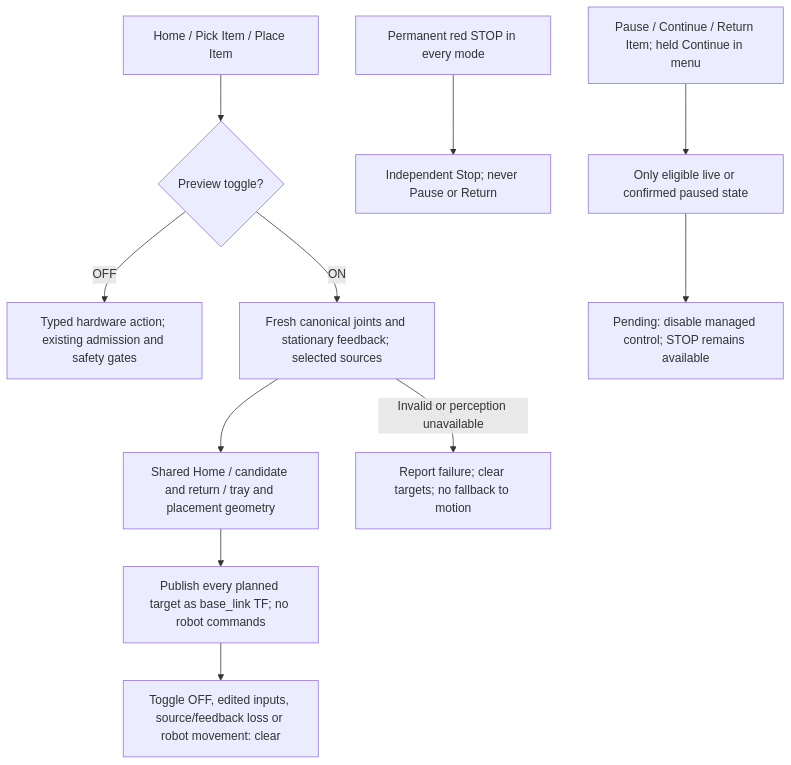
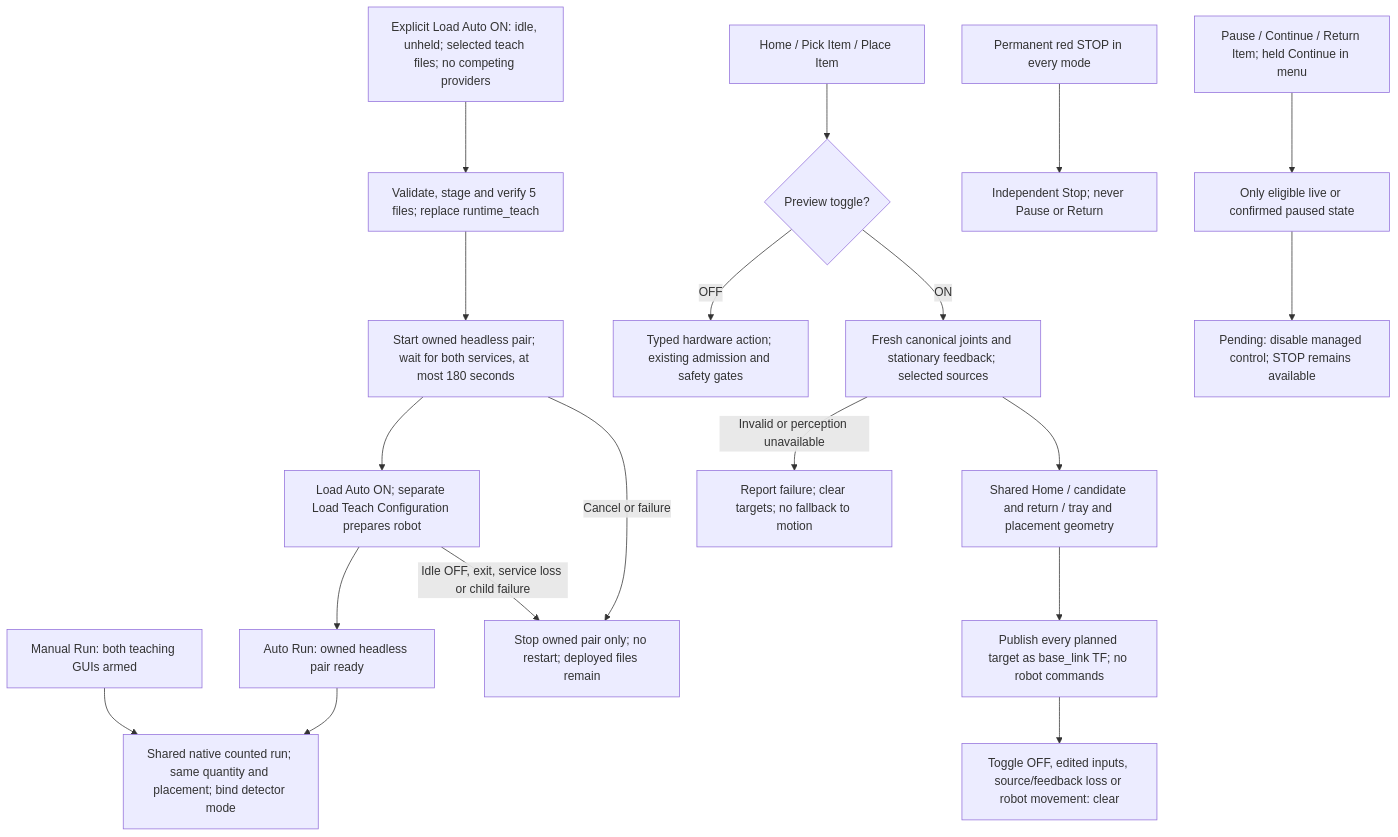
The first of 9 diagrams in docs/ROBOT_CONTROLLER_FSM.md (esgange/dobot_picknplace_yolo), drawn with Mermaid before and after one commit. The commit also changed other lines of this file and 20 other files, not shown here.

Commit message:
Add Load Auto detectors and separate manual and headless run buttons

````diff
--- a/docs/ROBOT_CONTROLLER_FSM.md
+++ b/docs/ROBOT_CONTROLLER_FSM.md
@@ -864,13 +909,21 @@
 ```mermaid
 flowchart TD
+    Deploy["Explicit Load Auto ON: idle, unheld; selected teach files; no competing providers"] --> Copy["Validate, stage and verify 5 files; replace runtime_teach"]
+    Copy --> Detect["Start owned headless pair; wait for both services, at most 180 seconds"]
+    Detect --> Loaded["Load Auto ON; separate Load Teach Configuration prepares robot"]
+    Loaded --> Auto["Auto Run: owned headless pair ready"]
+    Manual["Manual Run: both teaching GUIs armed"] --> Run["Shared native counted run; same quantity and placement; bind detector mode"]
+    Auto --> Run
+    Loaded -->|Idle OFF, exit, service loss or child failure| End["Stop owned pair only; no restart; deployed files remain"]
+    Detect -->|Cancel or failure| End
     Buttons["Home / Pick Item / Place Item"] --> Mode{"Preview toggle?"}
     Mode -->|OFF| Action["Typed hardware action; existing admission and safety gates"]
     Mode -->|ON| Inputs["Fresh canonical joints and stationary feedback; selected sources"]
     Inputs --> Plan["Shared Home / candidate and return / tray and placement geometry"]
     Plan --> TF["Publish every planned target as base_link TF; no robot commands"]
     TF --> Clear["Toggle OFF, edited inputs, source/feedback loss or robot movement: clear"]
     Inputs -->|Invalid or perception unavailable| Failed["Report failure; clear targets; no fallback to motion"]
     Stop["Permanent red STOP in every mode"] --> Direct["Independent Stop; never Pause or Return"]
     Managed["Pause / Continue / Return Item; held Continue in menu"] --> Guard["Only eligible live or confirmed paused state"]
     Guard --> Pending["Pending: disable managed control; STOP remains available"]
 ```
````
